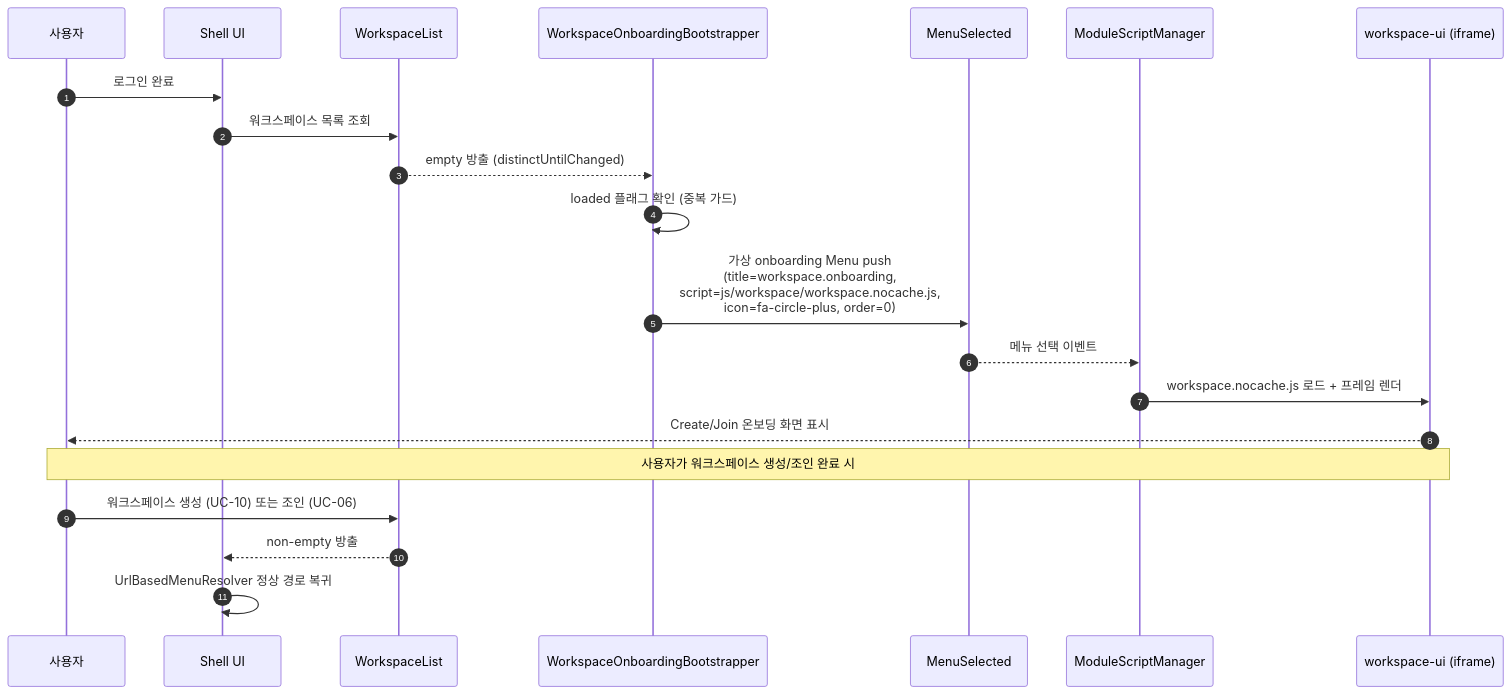
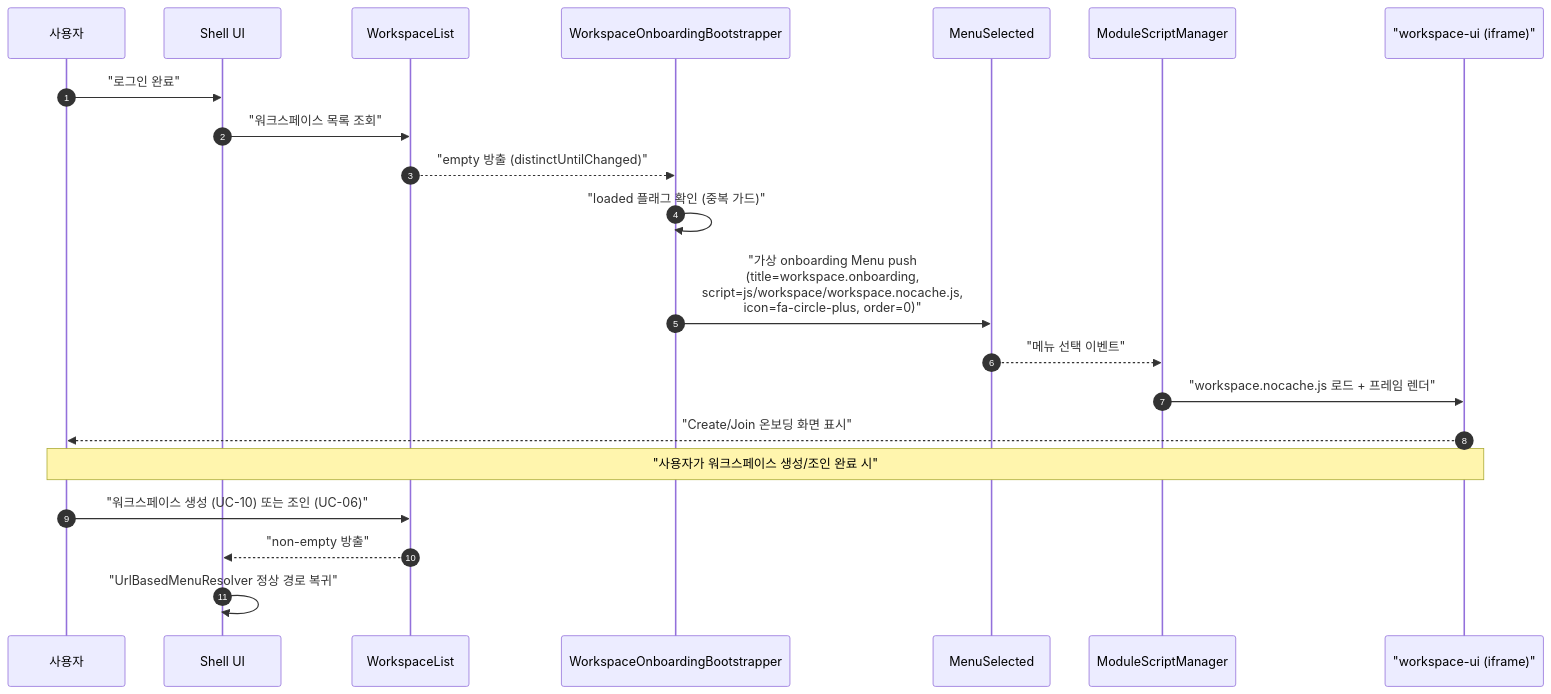
The sixth of 25 diagrams in docs/usecases.md (sayaya1090/handbook), drawn with Mermaid before and after one commit. The commit also changed other lines of this file and 22 other files, not shown here.

First line of the commit message:
docs: Mermaid 다이어그램 렌더링 오류 수정을 위한 구문 전수 교정

````diff
--- a/docs/usecases.md
+++ b/docs/usecases.md
@@ -498,25 +498,25 @@
 ```mermaid
 sequenceDiagram
     autonumber
     participant User as 사용자
     participant Shell as Shell UI
     participant WL as WorkspaceList
     participant OB as WorkspaceOnboardingBootstrapper
     participant MS as MenuSelected
     participant MSM as ModuleScriptManager
-    participant WUI as workspace-ui (iframe)
+    participant WUI as "workspace-ui (iframe)"
 
-    User->>Shell: 로그인 완료
-    Shell->>WL: 워크스페이스 목록 조회
-    WL-->>OB: empty 방출 (distinctUntilChanged)
-    OB->>OB: loaded 플래그 확인 (중복 가드)
-    OB->>MS: 가상 onboarding Menu push<br/>(title=workspace.onboarding,<br/>script=js/workspace/workspace.nocache.js,<br/>icon=fa-circle-plus, order=0)
-    MS-->>MSM: 메뉴 선택 이벤트
-    MSM->>WUI: workspace.nocache.js 로드 + 프레임 렌더
-    WUI-->>User: Create/Join 온보딩 화면 표시
+    User->>Shell: "로그인 완료"
+    Shell->>WL: "워크스페이스 목록 조회"
+    WL-->>OB: "empty 방출 (distinctUntilChanged)"
+    OB->>OB: "loaded 플래그 확인 (중복 가드)"
+    OB->>MS: "가상 onboarding Menu push<br/>(title=workspace.onboarding,<br/>script=js/workspace/workspace.nocache.js,<br/>icon=fa-circle-plus, order=0)"
+    MS-->>MSM: "메뉴 선택 이벤트"
+    MSM->>WUI: "workspace.nocache.js 로드 + 프레임 렌더"
+    WUI-->>User: "Create/Join 온보딩 화면 표시"
 
-    Note over User,WUI: 사용자가 워크스페이스 생성/조인 완료 시
-    User->>WL: 워크스페이스 생성 (UC-10) 또는 조인 (UC-06)
-    WL-->>Shell: non-empty 방출
-    Shell->>Shell: UrlBasedMenuResolver 정상 경로 복귀
+    Note over User,WUI: "사용자가 워크스페이스 생성/조인 완료 시"
+    User->>WL: "워크스페이스 생성 (UC-10) 또는 조인 (UC-06)"
+    WL-->>Shell: "non-empty 방출"
+    Shell->>Shell: "UrlBasedMenuResolver 정상 경로 복귀"
 ```
````
